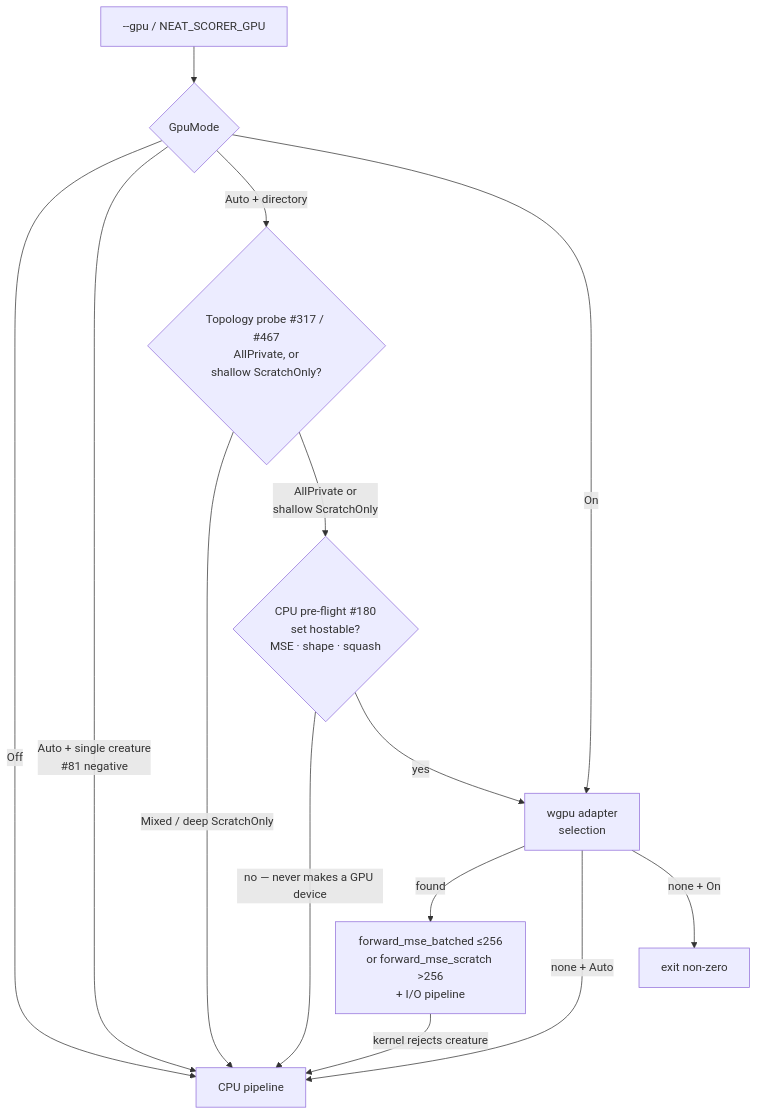
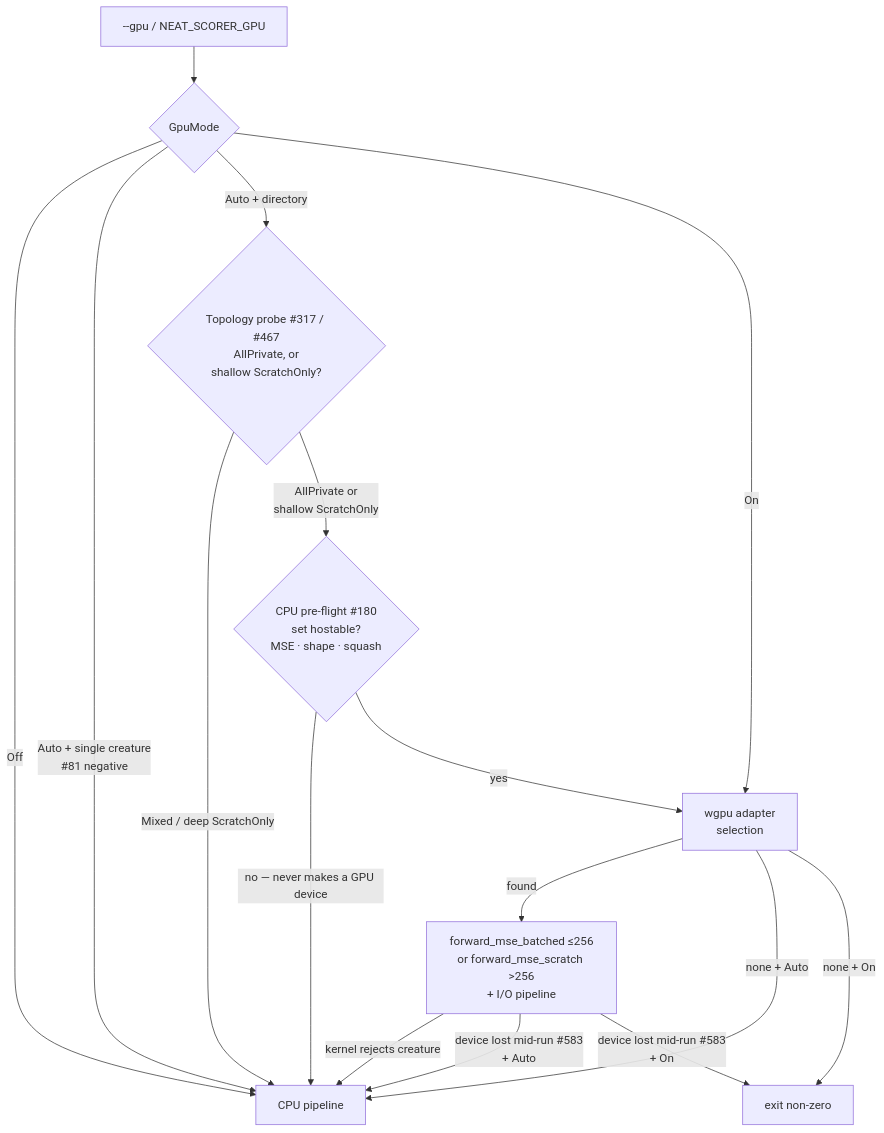
Before and after one commit to stSoftwareAU/NEAT-AI-scorer: the third of 22 diagrams in README.md, drawn with Mermaid. The commit also changed other lines of this file and 10 other files, not shown here.

First line of the commit message:
rust_scorer panics on wgpu device loss instead of falling back to CPU — exit 101 kills a 1075s evolve stage (Issue #583) (#586)

````diff
--- a/README.md
+++ b/README.md
@@ -200,16 +200,18 @@
 ```mermaid
 flowchart TD
     CLI[--gpu / NEAT_SCORER_GPU] --> Mode{GpuMode}
     Mode -->|Off| CPU[CPU pipeline]
     Mode -->|Auto + single creature<br/>#81 negative| CPU
     Mode -->|Auto + directory| Topo{Topology probe #317 / #467<br/>AllPrivate, or<br/>shallow ScratchOnly?}
     Topo -->|Mixed / deep ScratchOnly| CPU
     Topo -->|AllPrivate or<br/>shallow ScratchOnly| Preflight{CPU pre-flight #180<br/>set hostable?<br/>MSE · shape · squash}
     Mode -->|On| Adapter[wgpu adapter<br/>selection]
     Preflight -->|no — never makes a GPU device| CPU
     Preflight -->|yes| Adapter
     Adapter -->|found| GPUKernel[forward_mse_batched ≤256<br/>or forward_mse_scratch >256<br/>+ I/O pipeline]
     Adapter -->|none + Auto| CPU
     Adapter -->|none + On| Err[exit non-zero]
     GPUKernel -->|kernel rejects creature| CPU
+    GPUKernel -->|device lost mid-run #583<br/>+ Auto| CPU
+    GPUKernel -->|device lost mid-run #583<br/>+ On| Err
 ```
````
